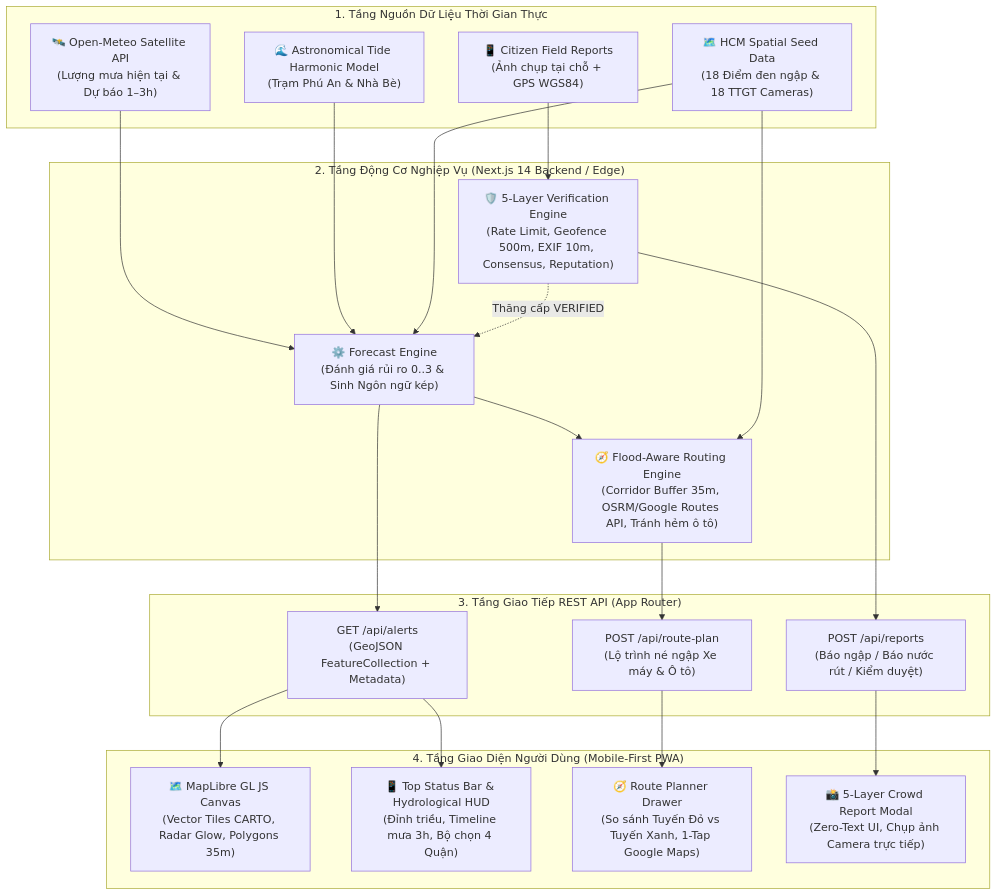
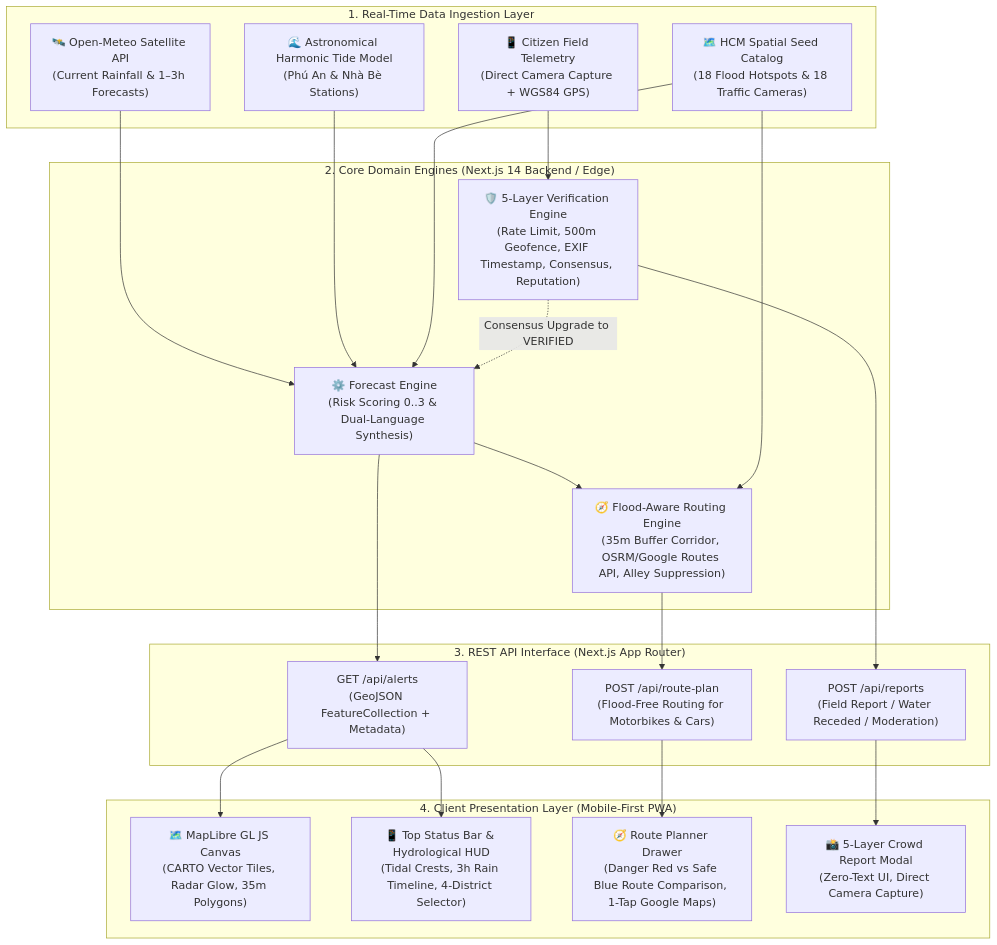
One commit to yangcoi/ocean-flood changed the diagram in README.md. Above: the diagram before and after it, drawn with Mermaid. The commit also changed other lines of this file, not shown here.

````diff
--- a/README.md
+++ b/README.md
@@ -35,41 +35,41 @@
 ```mermaid
 flowchart TD
-    subgraph DataSources["1. Tầng Nguồn Dữ Liệu Thời Gian Thực"]
-        OM["🛰️ Open-Meteo Satellite API<br>(Lượng mưa hiện tại & Dự báo 1–3h)"]
-        Tide["🌊 Astronomical Tide Harmonic Model<br>(Trạm Phú An & Nhà Bè)"]
-        Crowd["📱 Citizen Field Reports<br>(Ảnh chụp tại chỗ + GPS WGS84)"]
-        Seed["🗺️ HCM Spatial Seed Data<br>(18 Điểm đen ngập & 18 TTGT Cameras)"]
+    subgraph DataSources["1. Real-Time Data Ingestion Layer"]
+        OM["🛰️ Open-Meteo Satellite API<br>(Current Rainfall & 1–3h Forecasts)"]
+        Tide["🌊 Astronomical Harmonic Tide Model<br>(Phú An & Nhà Bè Stations)"]
+        Crowd["📱 Citizen Field Telemetry<br>(Direct Camera Capture + WGS84 GPS)"]
+        Seed["🗺️ HCM Spatial Seed Catalog<br>(18 Flood Hotspots & 18 Traffic Cameras)"]
     end
 
-    subgraph CoreEngines["2. Tầng Động Cơ Nghiệp Vụ (Next.js 14 Backend / Edge)"]
-        FE["⚙️ Forecast Engine<br>(Đánh giá rủi ro 0..3 & Sinh Ngôn ngữ kép)"]
-        VE["🛡️ 5-Layer Verification Engine<br>(Rate Limit, Geofence 500m, EXIF 10m, Consensus, Reputation)"]
-        RE["🧭 Flood-Aware Routing Engine<br>(Corridor Buffer 35m, OSRM/Google Routes API, Tránh hẻm ô tô)"]
+    subgraph CoreEngines["2. Core Domain Engines (Next.js 14 Backend / Edge)"]
+        FE["⚙️ Forecast Engine<br>(Risk Scoring 0..3 & Dual-Language Synthesis)"]
+        VE["🛡️ 5-Layer Verification Engine<br>(Rate Limit, 500m Geofence, EXIF Timestamp, Consensus, Reputation)"]
+        RE["🧭 Flood-Aware Routing Engine<br>(35m Buffer Corridor, OSRM/Google Routes API, Alley Suppression)"]
     end
 
-    subgraph API["3. Tầng Giao Tiếp REST API (App Router)"]
+    subgraph API["3. REST API Interface (Next.js App Router)"]
         API1["GET /api/alerts<br>(GeoJSON FeatureCollection + Metadata)"]
-        API2["POST /api/reports<br>(Báo ngập / Báo nước rút / Kiểm duyệt)"]
-        API3["POST /api/route-plan<br>(Lộ trình né ngập Xe máy & Ô tô)"]
+        API2["POST /api/reports<br>(Field Report / Water Receded / Moderation)"]
+        API3["POST /api/route-plan<br>(Flood-Free Routing for Motorbikes & Cars)"]
     end
 
-    subgraph Frontend["4. Tầng Giao Diện Người Dùng (Mobile-First PWA)"]
-        Map["🗺️ MapLibre GL JS Canvas<br>(Vector Tiles CARTO, Radar Glow, Polygons 35m)"]
-        HUD["📱 Top Status Bar & Hydrological HUD<br>(Đỉnh triều, Timeline mưa 3h, Bộ chọn 4 Quận)"]
-        Drawer["🧭 Route Planner Drawer<br>(So sánh Tuyến Đỏ vs Tuyến Xanh, 1-Tap Google Maps)"]
-        Modal["📸 5-Layer Crowd Report Modal<br>(Zero-Text UI, Chụp ảnh Camera trực tiếp)"]
+    subgraph Frontend["4. Client Presentation Layer (Mobile-First PWA)"]
+        Map["🗺️ MapLibre GL JS Canvas<br>(CARTO Vector Tiles, Radar Glow, 35m Polygons)"]
+        HUD["📱 Top Status Bar & Hydrological HUD<br>(Tidal Crests, 3h Rain Timeline, 4-District Selector)"]
+        Drawer["🧭 Route Planner Drawer<br>(Danger Red vs Safe Blue Route Comparison, 1-Tap Google Maps)"]
+        Modal["📸 5-Layer Crowd Report Modal<br>(Zero-Text UI, Direct Camera Capture)"]
     end
 
     OM --> FE
     Tide --> FE
     Seed --> FE
     Crowd --> VE
-    VE -.->|Thăng cấp VERIFIED| FE
+    VE -.->|Consensus Upgrade to VERIFIED| FE
     FE --> API1
     VE --> API2
     FE & Seed --> RE --> API3
 
     API1 --> Map & HUD
     API2 --> Modal
     API3 --> Drawer
 ```
````
